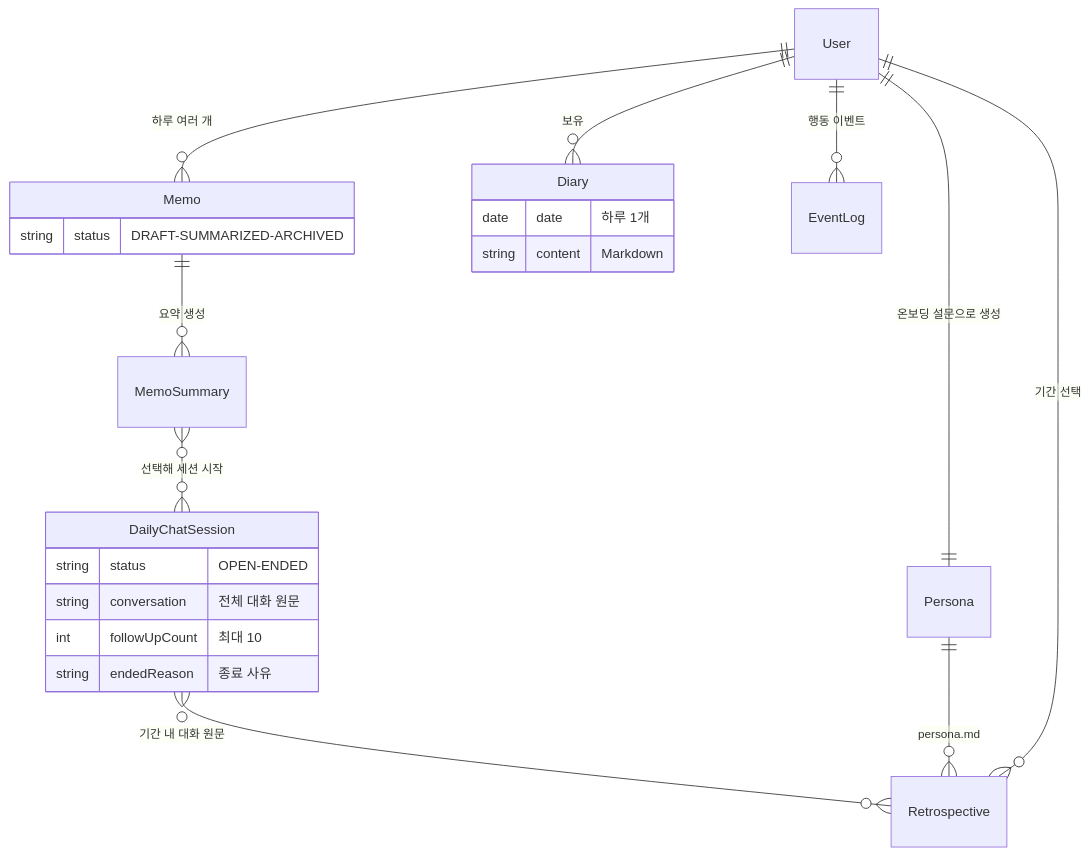
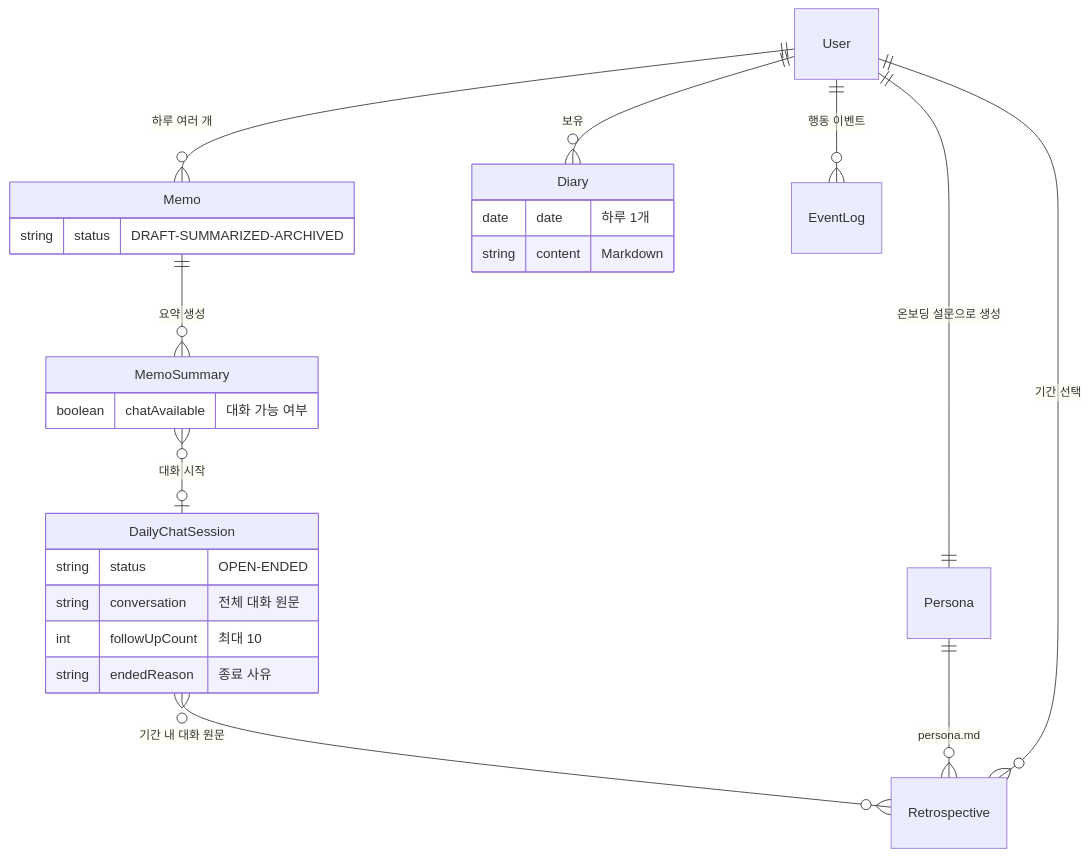
One commit to my-girin-log/girin-log-harness changed the fifth of 7 diagrams in README.md. Above: the diagram before and after it, drawn with Mermaid. The commit also changed other lines of this file and 11 other files, not shown here.

Commit message:
docs: MemoSummary 재선택 제한 정책 반영

````diff
--- a/README.md
+++ b/README.md
@@ -165,25 +165,28 @@
 ```mermaid
 erDiagram
     User ||--|| Persona : "온보딩 설문으로 생성"
     User ||--o{ Memo : "하루 여러 개"
     Memo ||--o{ MemoSummary : "요약 생성"
-    MemoSummary }o--o{ DailyChatSession : "선택해 세션 시작"
+    MemoSummary }o--o| DailyChatSession : "대화 시작"
     DailyChatSession }o--o{ Retrospective : "기간 내 대화 원문"
     Persona ||--o{ Retrospective : "persona.md"
     User ||--o{ Diary : "보유"
     User ||--o{ Retrospective : "기간 선택"
     User ||--o{ EventLog : "행동 이벤트"
     Memo {
         string status "DRAFT-SUMMARIZED-ARCHIVED"
+    }
+    MemoSummary {
+        boolean chatAvailable "대화 가능 여부"
     }
     DailyChatSession {
         string status "OPEN-ENDED"
         string conversation "전체 대화 원문"
         int followUpCount "최대 10"
         string endedReason "종료 사유"
     }
     Diary {
         date date "하루 1개"
         string content "Markdown"
     }
 ```
````
